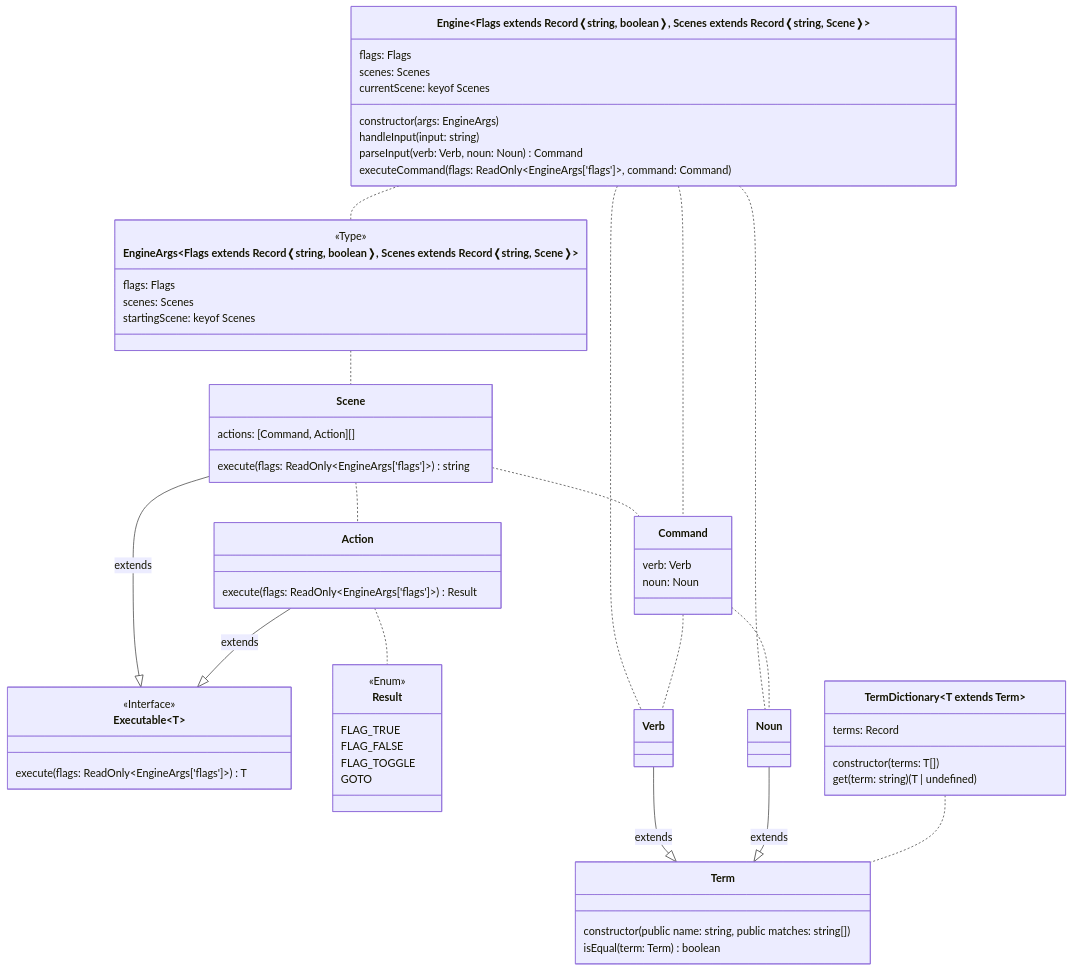
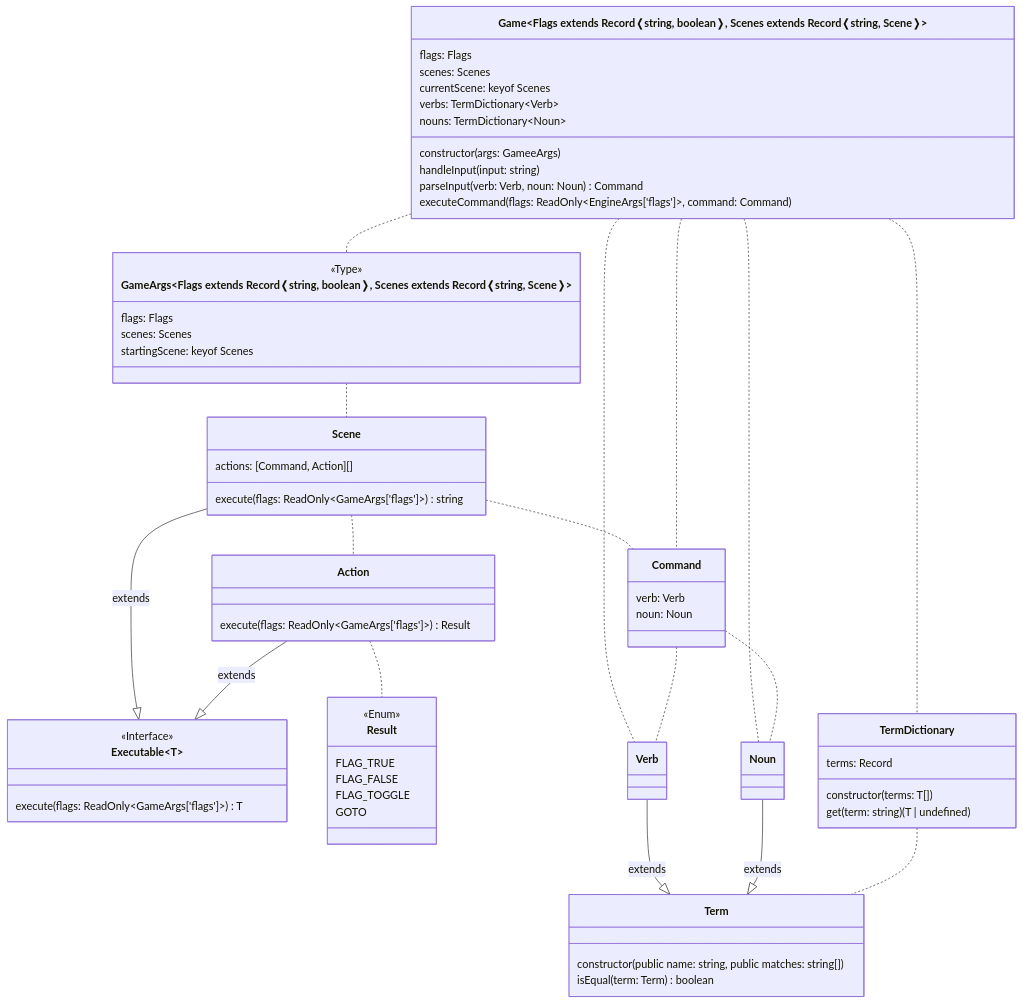
One commit to flipactual/text-adventure-experiment changed the diagram in README.md. Above: the diagram before and after it, drawn with Mermaid.

````diff
--- a/README.md
+++ b/README.md
@@ -3,64 +3,67 @@
 ```mermaid
 classDiagram
-class EngineArgs~Flags extends Record❬string, boolean❭, Scenes extends Record❬string, Scene❭~ {
+class GameArgs~Flags extends Record❬string, boolean❭, Scenes extends Record❬string, Scene❭~ {
   <<Type>>
   flags: Flags
   scenes: Scenes
   startingScene: keyof Scenes
 }
-EngineArgs .. Scene
+GameArgs .. Scene
 class Executable~T~ {
   <<Interface>>
-  execute(flags: ReadOnly~EngineArgs['flags']~) T
+  execute(flags: ReadOnly~GameArgs['flags']~) T
 }
 class Scene {
   actions: [Command, Action][]
-  execute(flags: ReadOnly~EngineArgs['flags']~) string
+  execute(flags: ReadOnly~GameArgs['flags']~) string
 }
 Scene .. Command
 Scene .. Action
 Scene --|> Executable : extends
 class Action {
-  execute(flags: ReadOnly~EngineArgs['flags']~) Result
+  execute(flags: ReadOnly~GameArgs['flags']~) Result
 }
 Action .. Result
 Action --|> Executable : extends
 class Result {
   <<Enum>>
   FLAG_TRUE
   FLAG_FALSE
   FLAG_TOGGLE
   GOTO
 }
-class Engine~Flags extends Record❬string, boolean❭, Scenes extends Record❬string, Scene❭~ {
+class Game~Flags extends Record❬string, boolean❭, Scenes extends Record❬string, Scene❭~ {
   flags: Flags
   scenes: Scenes
   currentScene: keyof Scenes
-  constructor(args: EngineArgs)
+  verbs: TermDictionary~Verb~
+  nouns: TermDictionary~Noun~
+  constructor(args: GameeArgs)
   handleInput(input: string)
   parseInput(verb: Verb, noun: Noun) Command
   executeCommand(flags: ReadOnly~EngineArgs['flags']~, command: Command)
 }
-Engine .. EngineArgs
-Engine .. Verb
-Engine .. Noun
-Engine .. Command
+Game .. GameArgs
+Game .. Verb
+Game .. Noun
+Game .. TermDictionary
+Game .. Command
 class Command {
   verb: Verb
   noun: Noun
 }
 Command .. Verb
 Command .. Noun
 class Term {
   constructor(public name: string, public matches: string[])
   isEqual(term: Term) boolean 
 }
 Verb --|> Term : extends
 Noun --|> Term : extends
 class TermDictionary~T extends Term~ {
   terms: Record<string, T>
   constructor(terms: T[])
   get(term: string) (T | undefined)
 }
 TermDictionary .. Term
 ```
````
